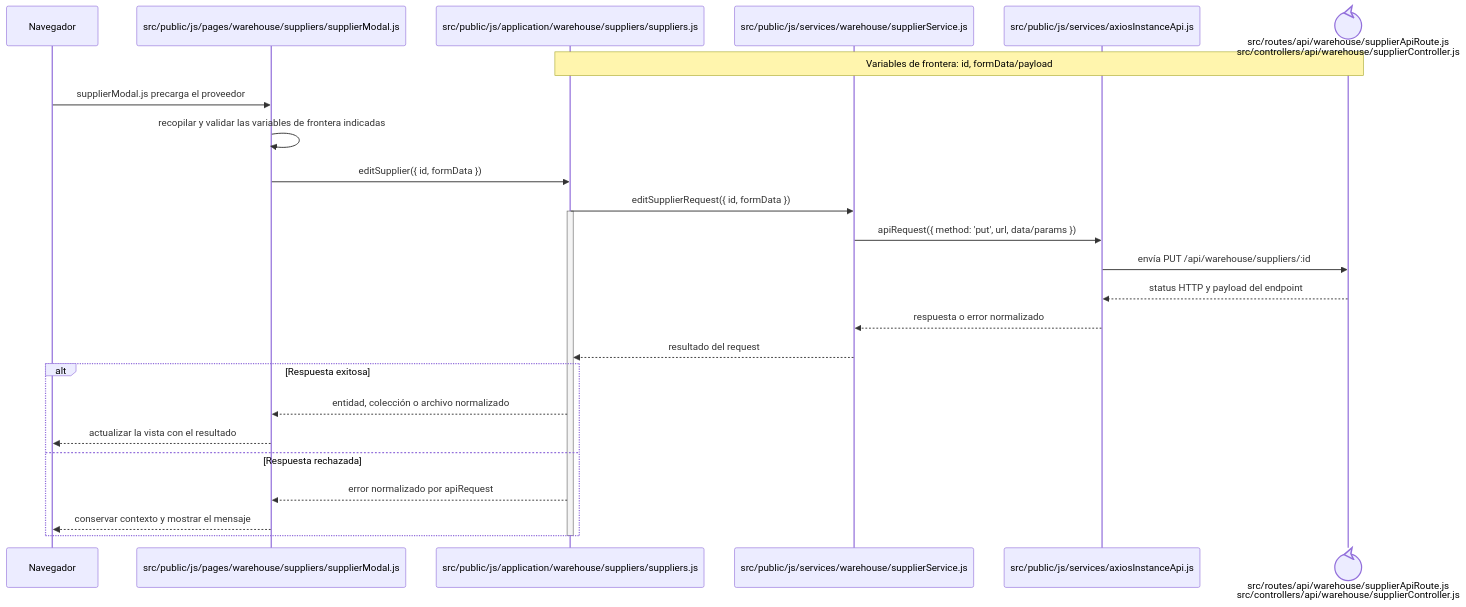
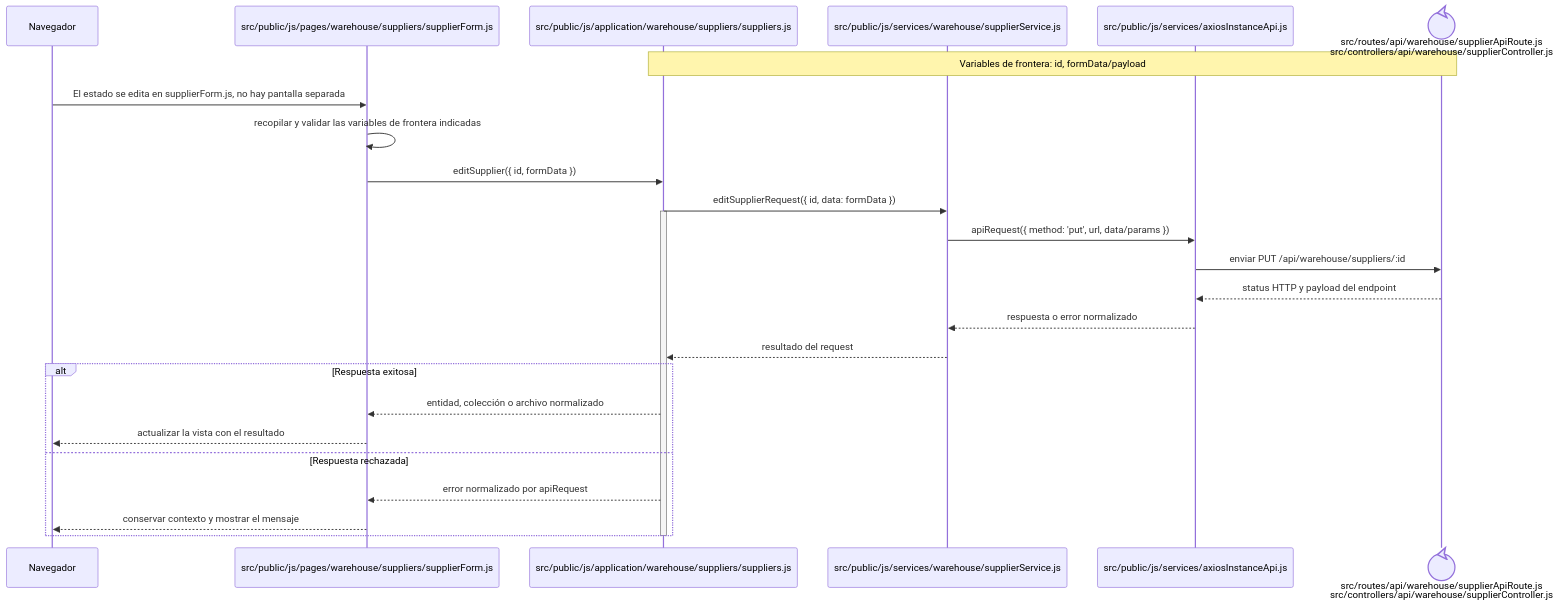
The diagram in docs/architecture/frontend-code-sequences/catalogs/cu-cat-12.md (gpgsistemas01/nexus), drawn with Mermaid before and after one commit. The commit also changed other lines of this file and 207 other files, not shown here.

````diff
--- a/docs/architecture/frontend-code-sequences/catalogs/cu-cat-12.md
+++ b/docs/architecture/frontend-code-sequences/catalogs/cu-cat-12.md
@@ -6,29 +6,29 @@
 ```mermaid
 sequenceDiagram
     participant Browser as Navegador
-    participant View as src/public/js/pages/warehouse/suppliers/supplierModal.js
+    participant View as src/public/js/pages/warehouse/suppliers/supplierForm.js
     participant Application as src/public/js/application/warehouse/suppliers/suppliers.js
     participant Request as src/public/js/services/warehouse/supplierService.js
     participant HTTP as src/public/js/services/axiosInstanceApi.js
     participant Transport@{ "type": "control" } as src/routes/api/warehouse/supplierApiRoute.js<br/>src/controllers/api/warehouse/supplierController.js
     Note over Application,Transport: Variables de frontera: id, formData/payload
 
-    Browser->>View: supplierModal.js precarga el proveedor
+    Browser->>View: El estado se edita en supplierForm.js, no hay pantalla separada
     View->>View: recopilar y validar las variables de frontera indicadas
     View->>Application: editSupplier({ id, formData })
-    Application->>Request: editSupplierRequest({ id, formData })
+    Application->>Request: editSupplierRequest({ id, data: formData })
     activate Application
     Request->>HTTP: apiRequest({ method: 'put', url, data/params })
-    HTTP->>Transport: envía PUT /api/warehouse/suppliers/:id
+    HTTP->>Transport: enviar PUT /api/warehouse/suppliers/:id
     Transport-->>HTTP: status HTTP y payload del endpoint
     HTTP-->>Request: respuesta o error normalizado
     Request-->>Application: resultado del request
     alt Respuesta exitosa
         Application-->>View: entidad, colección o archivo normalizado
         View-->>Browser: actualizar la vista con el resultado
     else Respuesta rechazada
         Application-->>View: error normalizado por apiRequest
         View-->>Browser: conservar contexto y mostrar el mensaje
     end
     deactivate Application
 ```
````
